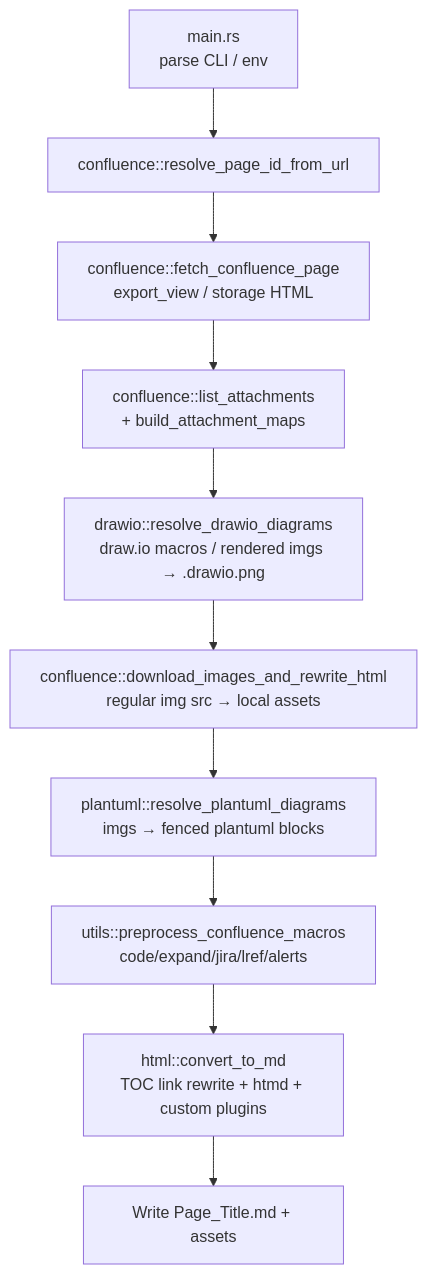
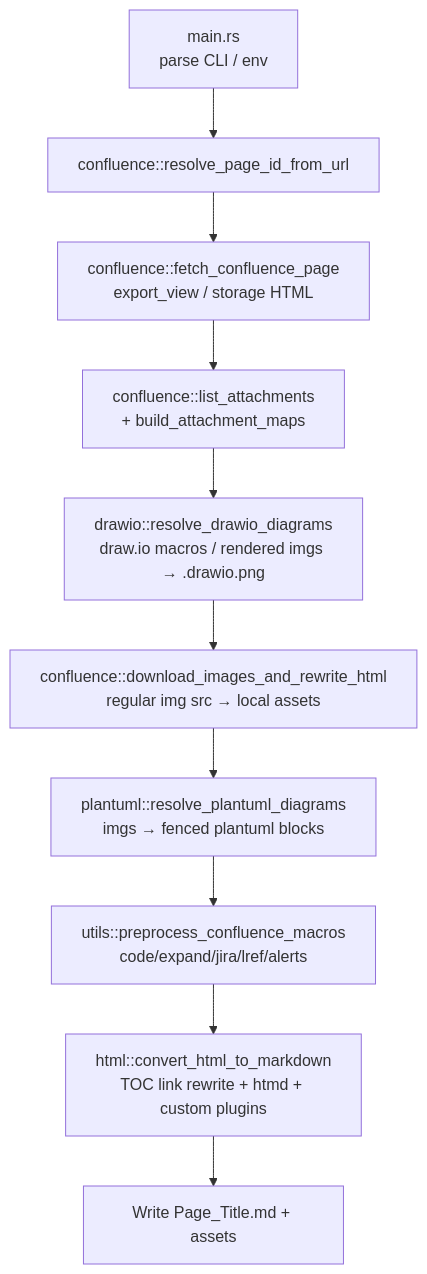
One commit to Toyota/confluence2md changed the second of 6 diagrams in ARCHITECTURE.md. Above: the diagram before and after it, drawn with Mermaid. The commit also changed other lines of this file and 3 other files, not shown here.

Commit message:
refactor: rename `convert_to_md` to `convert_html_to_markdown` for readability

````diff
--- a/ARCHITECTURE.md
+++ b/ARCHITECTURE.md
@@ -51,12 +51,12 @@
 ```mermaid
 flowchart TD
     A[main.rs<br/>parse CLI / env] --> B[confluence::resolve_page_id_from_url]
     B --> C[confluence::fetch_confluence_page<br/>export_view / storage HTML]
     C --> D[confluence::list_attachments<br/>+ build_attachment_maps]
     D --> E[drawio::resolve_drawio_diagrams<br/>draw.io macros / rendered imgs → .drawio.png]
     E --> F[confluence::download_images_and_rewrite_html<br/>regular img src → local assets]
     F --> G[plantuml::resolve_plantuml_diagrams<br/>imgs → fenced plantuml blocks]
     G --> H[utils::preprocess_confluence_macros<br/>code/expand/jira/lref/alerts]
-    H --> I[html::convert_to_md<br/>TOC link rewrite + htmd + custom plugins]
+    H --> I[html::convert_html_to_markdown<br/>TOC link rewrite + htmd + custom plugins]
     I --> J[Write Page_Title.md + assets]
 ```
````
